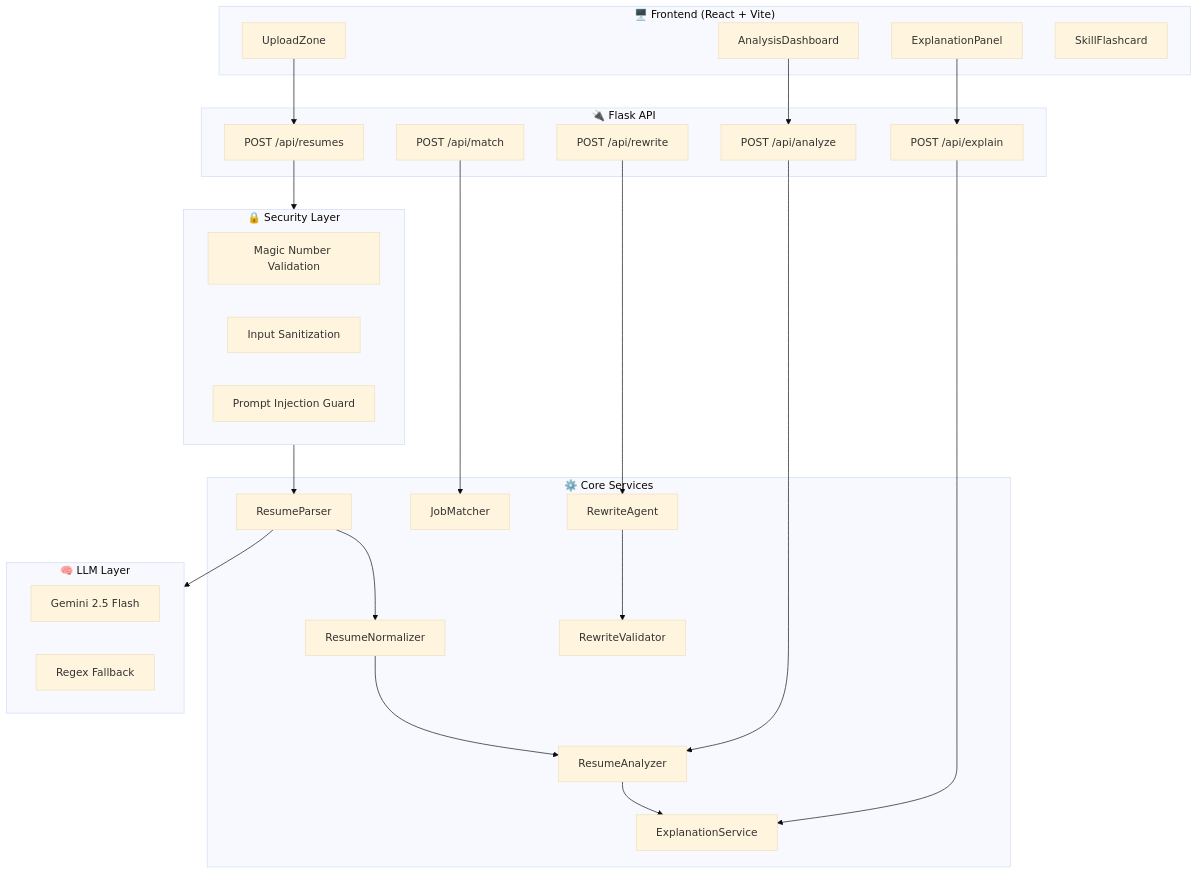
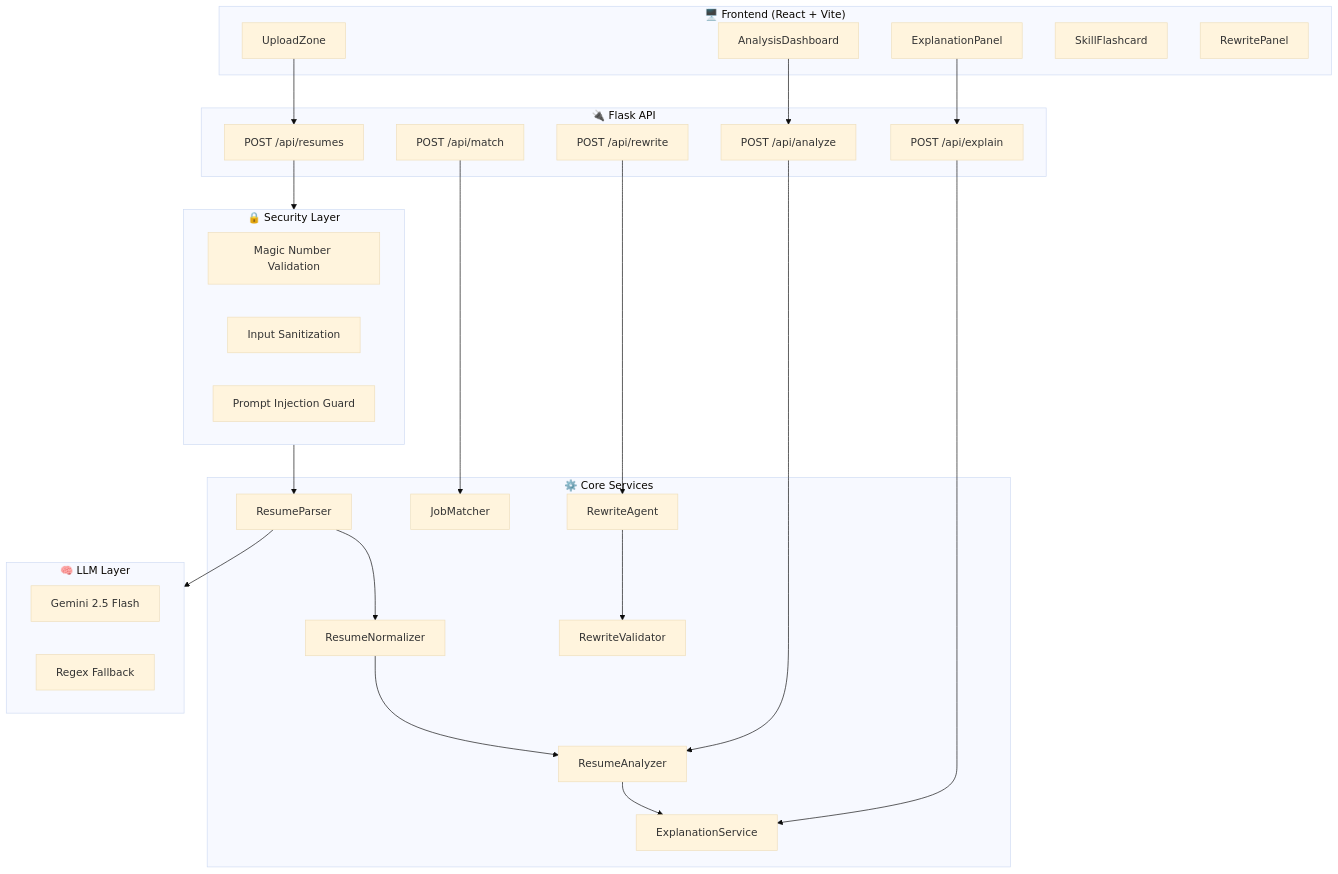
The first of 5 diagrams in docs/ARCHITECTURE.md (VIKAS9793/VeriFit), drawn with Mermaid (base theme) before and after one commit. The commit also changed other lines of this file and 5 other files, not shown here.

First line of the commit message:
feat(hitl): Phase 17 - HITL Rewrite Interface UI

````diff
--- a/docs/ARCHITECTURE.md
+++ b/docs/ARCHITECTURE.md
@@ -9,55 +9,56 @@
 ```mermaid
 flowchart TB
     subgraph CLIENT["🖥️ Frontend (React + Vite)"]
         UI[UploadZone]
         DASH[AnalysisDashboard]
         XAI[ExplanationPanel]
         SKILL[SkillFlashcard]
+        HITL[RewritePanel]
     end
 
     subgraph API["🔌 Flask API"]
         UPLOAD[POST /api/resumes]
         ANALYZE[POST /api/analyze]
         EXPLAIN[POST /api/explain]
         MATCH[POST /api/match]
         REWRITE[POST /api/rewrite]
     end
 
     subgraph SERVICES["⚙️ Core Services"]
         PARSER[ResumeParser]
         NORMALIZER[ResumeNormalizer]
         ANALYZER[ResumeAnalyzer]
         EXPLAINER[ExplanationService]
         MATCHER[JobMatcher]
         REWRITER[RewriteAgent]
         VALIDATOR[RewriteValidator]
     end
 
     subgraph LLM["🧠 LLM Layer"]
         GEMINI[Gemini 2.5 Flash]
         FALLBACK[Regex Fallback]
     end
 
     subgraph SECURITY["🔒 Security Layer"]
         MAGIC[Magic Number Validation]
         SANITIZE[Input Sanitization]
         PROMPT[Prompt Injection Guard]
     end
 
     UI --> UPLOAD
     DASH --> ANALYZE
     XAI --> EXPLAIN
     
     UPLOAD --> SECURITY
     SECURITY --> PARSER
     PARSER --> LLM
     PARSER --> NORMALIZER
     NORMALIZER --> ANALYZER
     ANALYZER --> EXPLAINER
     
     ANALYZE --> ANALYZER
     EXPLAIN --> EXPLAINER
     MATCH --> MATCHER
     REWRITE --> REWRITER
     REWRITER --> VALIDATOR
 ```
````
